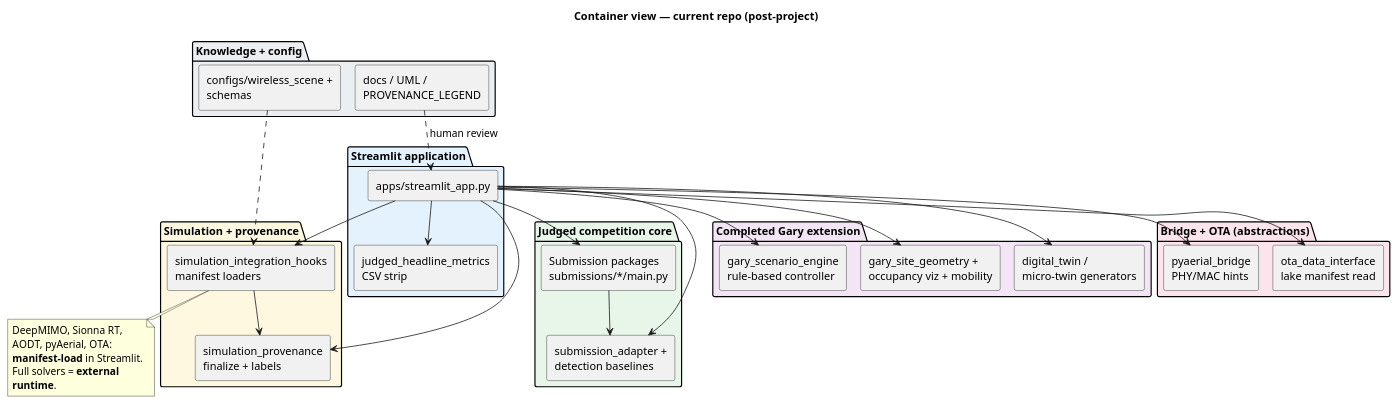
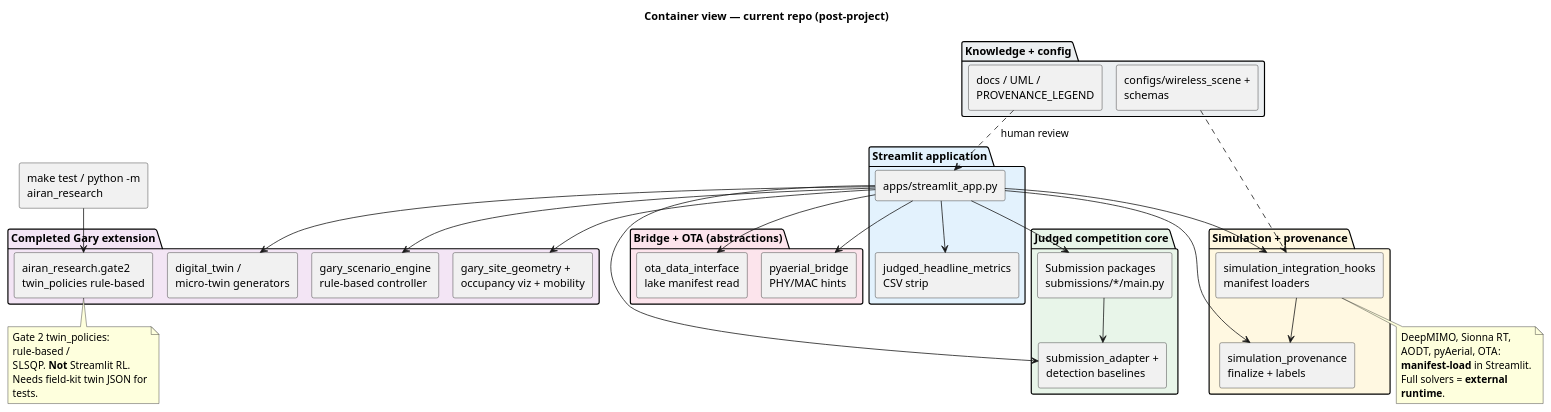
One commit to gunnchOS3k/spectrumx-ai-ran-gary changed the diagram in docs/uml/container_view_current.puml. Above: the diagram before and after it, drawn with PlantUML. The commit also changed 21 other files, not shown here.

First line of the commit message:
Audit current UML against Gate 2 and keep the controller rule-based.

```diff
--- a/docs/uml/container_view_current.puml
+++ b/docs/uml/container_view_current.puml
@@ -1,61 +1,70 @@
 @startuml container_view_current
 ' Layout without system Graphviz (GitHub-friendly render)
 !pragma layout smetana
 title Container view — current repo (post-project)
 
 skinparam componentStyle rectangle
 skinparam wrapWidth 180
 
 package "Judged competition core" #E8F5E9 {
   [Submission packages\nsubmissions/*/main.py] as sub
   [submission_adapter +\ndetection baselines] as detcore
 }
 
 package "Streamlit application" #E3F2FD {
   [apps/streamlit_app.py] as st
   [judged_headline_metrics\nCSV strip] as jhm
 }
 
 package "Completed Gary extension" #F3E5F5 {
   [gary_scenario_engine\nrule-based controller] as gse
   [gary_site_geometry +\noccupancy viz + mobility] as geom
   [digital_twin /\nmicro-twin generators] as dt
+  [airan_research.gate2\ntwin_policies rule-based] as g2
 }
 
 package "Simulation + provenance" #FFF8E1 {
   [simulation_integration_hooks\nmanifest loaders] as hooks
   [simulation_provenance\nfinalize + labels] as prov
 }
 
 package "Bridge + OTA (abstractions)" #FCE4EC {
   [pyaerial_bridge\nPHY/MAC hints] as pyb
   [ota_data_interface\nlake manifest read] as ota
 }
 
 package "Knowledge + config" #ECEFF1 {
   [docs / UML /\nPROVENANCE_LEGEND] as docs
   [configs/wireless_scene +\nschemas] as cfg
 }
 
 sub --> detcore
 st --> sub
 st --> detcore
 st --> jhm
 st --> gse
 st --> geom
 st --> dt
 st --> hooks
 hooks --> prov
 st --> prov
 st --> pyb
 st --> ota
 docs ..> st : human review
 cfg ..> hooks
+[make test / python -m airan_research] as cli
+cli --> g2
+
+note bottom of g2
+  Gate 2 twin_policies: rule-based /
+  SLSQP. **Not** Streamlit RL.
+  Needs field-kit twin JSON for tests.
+end note
 
 note bottom of hooks
   DeepMIMO, Sionna RT, AODT, pyAerial, OTA:
   **manifest-load** in Streamlit.
   Full solvers = **external runtime**.
 end note
 
 @enduml
```
